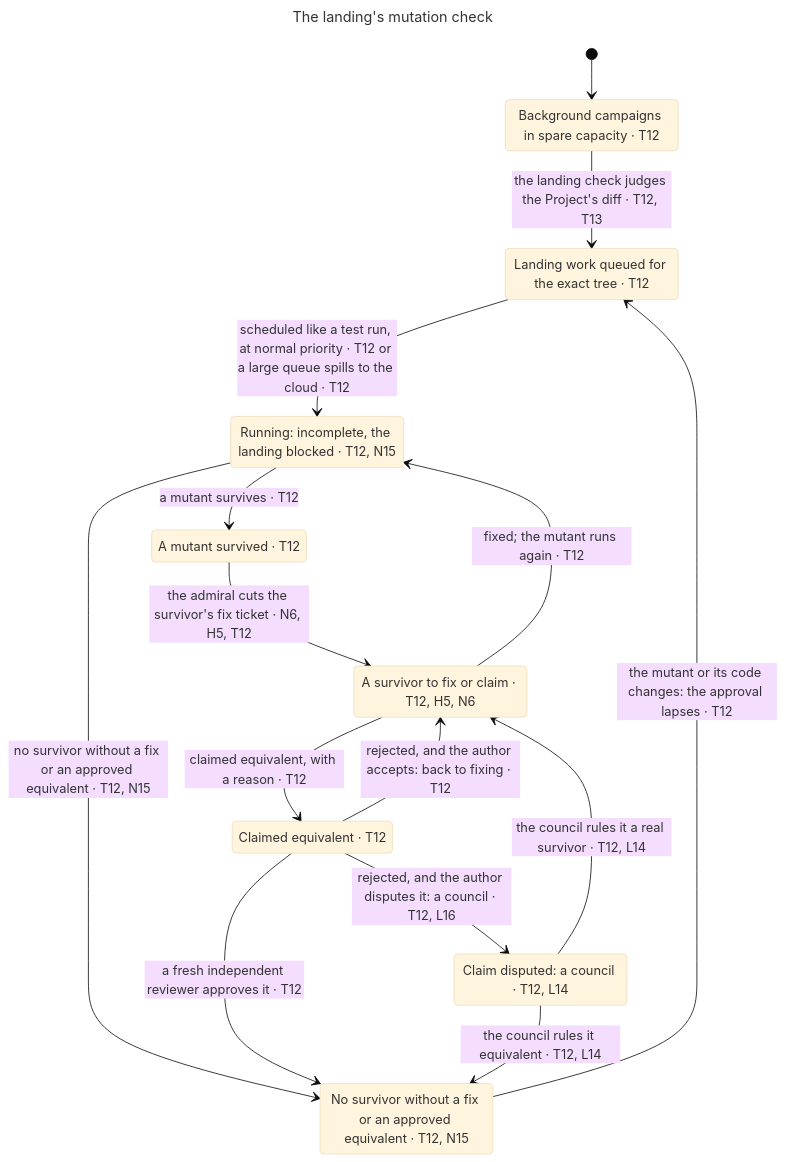
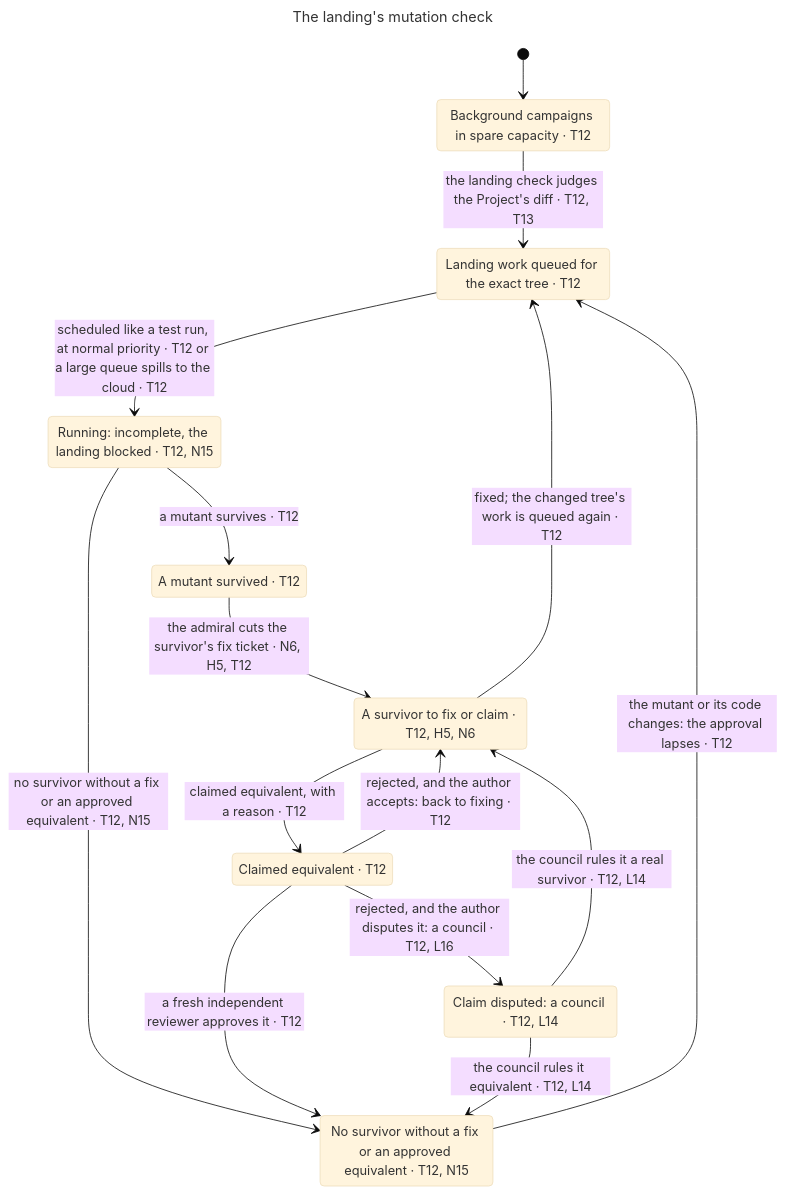
Before and after one commit to BalazsOrg/dydo: the diagram in claims/statechart/mutation/chart.mmd, drawn with Mermaid (base theme). The commit also changed 2 other files, not shown here.

Commit message:
DYD-1082 fix: recopy the proof and mutation charts; README records K20
The proof and mutation charts are copied from the baseline run at 61fa5aa4.
Every other machine's chart was byte-identical and is left alone. The
statechart README no longer says the properties are owed: all 31 machines
pass all 109 hand-written properties, and liveness's S24 fairness is noted.

```diff
--- a/claims/statechart/mutation/chart.mmd
+++ b/claims/statechart/mutation/chart.mmd
@@ -1,26 +1,26 @@
 ---
 title: "The landing's mutation check"
 ---
 stateDiagram-v2
   s0: Background campaigns in spare capacity #183; T12
   s1: Landing work queued for the exact tree #183; T12
   s2: Running: incomplete, the landing blocked #183; T12, N15
   s3: No survivor without a fix or an approved equivalent #183; T12, N15
   s4: A mutant survived #183; T12
   s5: A survivor to fix or claim #183; T12, H5, N6
   s6: Claimed equivalent #183; T12
   s7: Claim disputed: a council #183; T12, L14
   [*] --> s0
   s0 --> s1: the landing check judges the Project's diff #183; T12, T13
   s1 --> s2: scheduled like a test run, at normal priority #183; T12 or a large queue spills to the cloud #183; T12
   s2 --> s3: no survivor without a fix or an approved equivalent #183; T12, N15
   s2 --> s4: a mutant survives #183; T12
   s3 --> s1: the mutant or its code changes: the approval lapses #183; T12
   s4 --> s5: the admiral cuts the survivor's fix ticket #183; N6, H5, T12
-  s5 --> s2: fixed#59; the mutant runs again #183; T12
+  s5 --> s1: fixed#59; the changed tree's work is queued again #183; T12
   s5 --> s6: claimed equivalent, with a reason #183; T12
   s6 --> s3: a fresh independent reviewer approves it #183; T12
   s6 --> s5: rejected, and the author accepts: back to fixing #183; T12
   s6 --> s7: rejected, and the author disputes it: a council #183; T12, L16
   s7 --> s3: the council rules it equivalent #183; T12, L14
   s7 --> s5: the council rules it a real survivor #183; T12, L14
```
